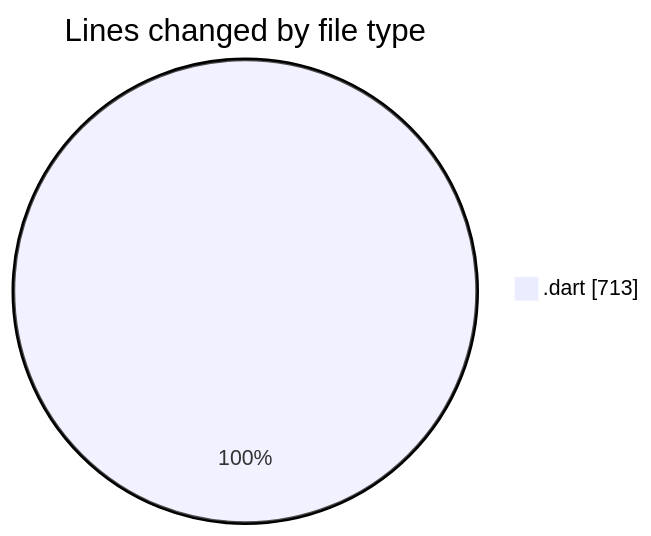
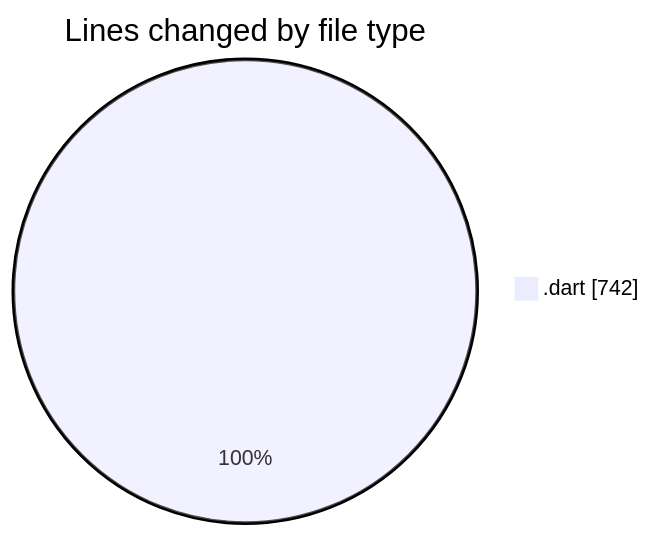
Before and after one commit to donsfak/code-tracking: the first of 2 diagrams in 2025-02-27/uber_clone/README.md, drawn with Mermaid. The commit also changed other lines of this file and 1 other file, not shown here.

````diff
--- a/2025-02-27/uber_clone/README.md
+++ b/2025-02-27/uber_clone/README.md
@@ -21,5 +21,5 @@
 ```mermaid
 pie showData
 title Lines changed by file type
-".dart" : 713
+".dart" : 742
 ```
````
